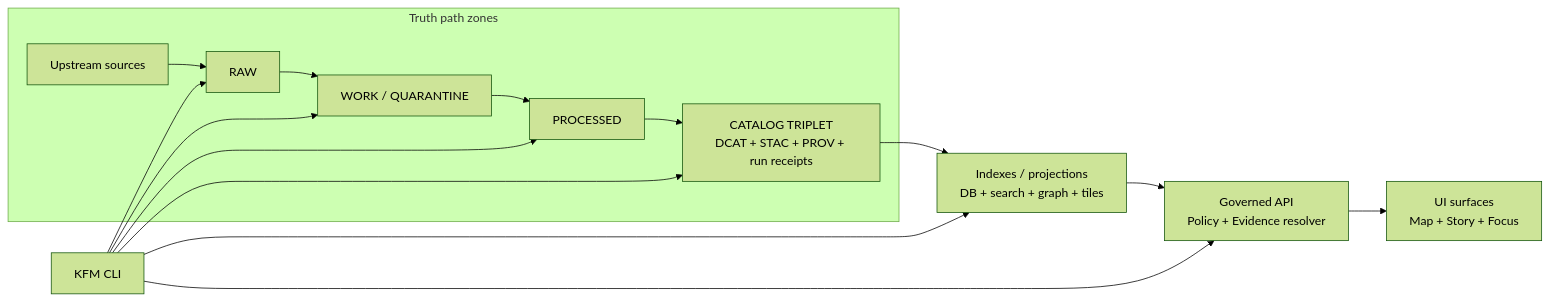
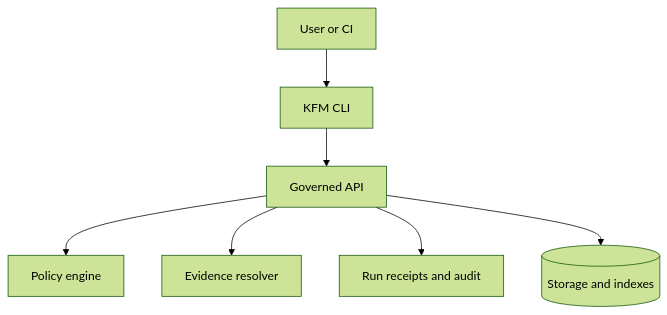
Before and after one commit to bartytime4life/Kansas-Frontier-Matrix: the diagram in docs/cli/README.md, drawn with Mermaid (forest theme). The commit also changed other lines of this file, not shown here.

````diff
--- a/docs/cli/README.md
+++ b/docs/cli/README.md
@@ -158,20 +111,9 @@
-~~~mermaid
-flowchart LR
-  subgraph TruthPath[Truth path zones]
-    U[Upstream sources] --> R[RAW]
-    R --> W[WORK / QUARANTINE]
-    W --> P[PROCESSED]
-    P --> C[CATALOG TRIPLET<br/>DCAT + STAC + PROV + run receipts]
-  end
-
-  C --> X[Indexes / projections<br/>DB + search + graph + tiles]
-  X --> A[Governed API<br/>Policy + Evidence resolver]
-  A --> UI[UI surfaces<br/>Map + Story + Focus]
-
-  CLI[KFM CLI] --> R
-  CLI --> W
-  CLI --> P
-  CLI --> C
-  CLI --> X
-  CLI --> A
-~~~
+```mermaid
+flowchart TD
+  U[User or CI] --> C[KFM CLI]
+  C --> A[Governed API]
+  A --> P[Policy engine]
+  A --> E[Evidence resolver]
+  A --> R[Run receipts and audit]
+  A --> S[(Storage and indexes)]
+```
````
